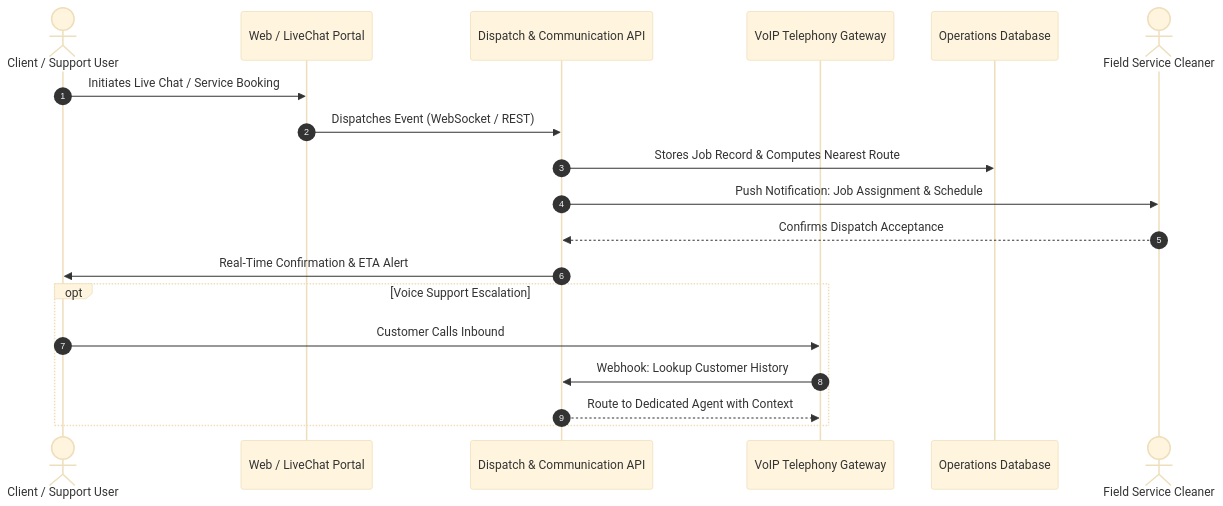
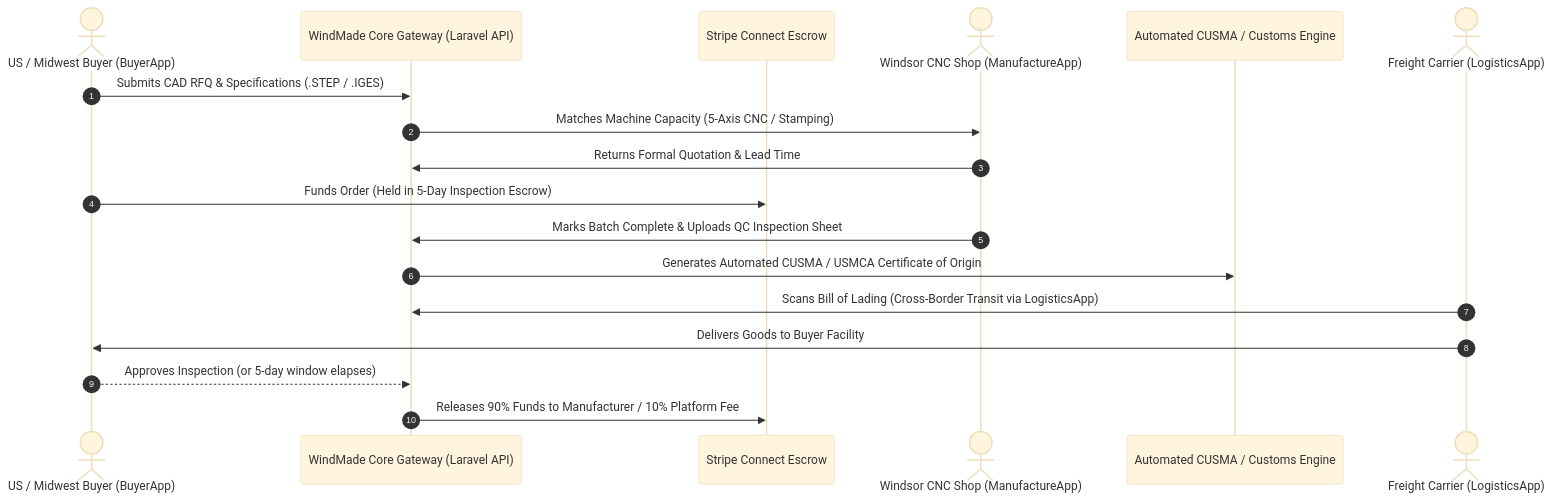
One commit to norval101/portfolio-demos changed the third of 9 diagrams in README.md. Above: the diagram before and after it, drawn with Mermaid (base theme). The commit also changed other lines of this file and 22 other files, not shown here.

Commit message:
feat: expand architecture gallery across 9 enterprise systems and add 3 functional sandboxes

````diff
--- a/README.md
+++ b/README.md
@@ -186,22 +195,21 @@
 ```mermaid
 sequenceDiagram
     autonumber
-    actor Customer as Client / Support User
-    participant WebApp as Web / LiveChat Portal
-    participant API as Dispatch & Communication API
-    participant VoIP as VoIP Telephony Gateway
-    participant DB as Operations Database
-    actor FieldStaff as Field Service Cleaner
+    actor Buyer as US / Midwest Buyer (BuyerApp)
+    participant API as WindMade Core Gateway (Laravel API)
+    participant Escrow as Stripe Connect Escrow
+    actor Maker as Windsor CNC Shop (ManufactureApp)
+    participant Customs as Automated CUSMA / Customs Engine
+    actor Carrier as Freight Carrier (LogisticsApp)
 
-    Customer->>WebApp: Initiates Live Chat / Service Booking
-    WebApp->>API: Dispatches Event (WebSocket / REST)
-    API->>DB: Stores Job Record & Computes Nearest Route
-    API->>FieldStaff: Push Notification: Job Assignment & Schedule
-    FieldStaff-->>API: Confirms Dispatch Acceptance
-    API->>Customer: Real-Time Confirmation & ETA Alert
-    opt Voice Support Escalation
-        Customer->>VoIP: Customer Calls Inbound
-        VoIP->>API: Webhook: Lookup Customer History
-        API-->>VoIP: Route to Dedicated Agent with Context
-    end
+    Buyer->>API: Submits CAD RFQ & Specifications (.STEP / .IGES)
+    API->>Maker: Matches Machine Capacity (5-Axis CNC / Stamping)
+    Maker->>API: Returns Formal Quotation & Lead Time
+    Buyer->>Escrow: Funds Order (Held in 5-Day Inspection Escrow)
+    Maker->>API: Marks Batch Complete & Uploads QC Inspection Sheet
+    API->>Customs: Generates Automated CUSMA / USMCA Certificate of Origin
+    Carrier->>API: Scans Bill of Lading (Cross-Border Transit via LogisticsApp)
+    Carrier->>Buyer: Delivers Goods to Buyer Facility
+    Buyer-->>API: Approves Inspection (or 5-day window elapses)
+    API->>Escrow: Releases 90% Funds to Manufacturer / 10% Platform Fee
 ```
````
